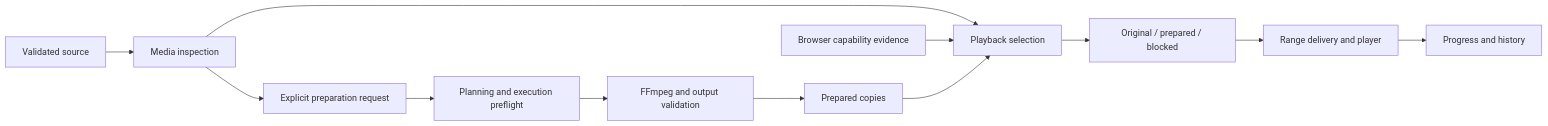
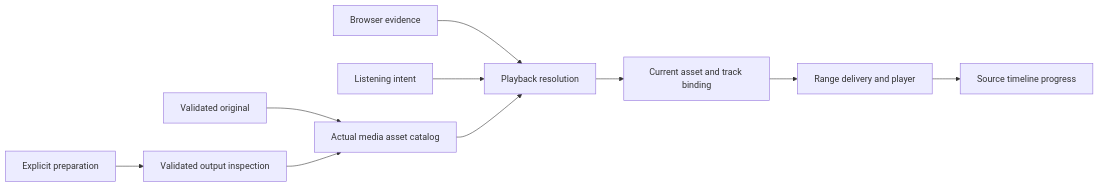
One commit to qw0er/Anishelf changed the third of 5 diagrams in docs/development/architecture.md. Above: the diagram before and after it, drawn with Mermaid. The commit also changed other lines of this file and 80 other files, not shown here.

Commit message:
refactor(playback): resolve actual media assets independently of preparation

````diff
--- a/docs/development/architecture.md
+++ b/docs/development/architecture.md
@@ -237,14 +240,12 @@
 ```mermaid
 flowchart LR
-    Source[Validated source] --> Inspect[Media inspection]
-    Inspect --> Select[Playback selection]
-    Browser[Browser capability evidence] --> Select
-    Copies[Prepared copies] --> Select
-    Select --> Result[Original / prepared / blocked]
-    Inspect --> Prepare[Explicit preparation request]
-    Prepare --> Plan[Planning and execution preflight]
-    Plan --> FFmpeg[FFmpeg and output validation]
-    FFmpeg --> Copies
-    Result --> Player[Range delivery and player]
-    Player --> Progress[Progress and history]
+    Source[Validated original] --> Assets[Actual media asset catalog]
+    Prepare[Explicit preparation] --> Inspect[Validated output inspection]
+    Inspect --> Assets
+    Browser[Browser evidence] --> Select[Playback resolution]
+    Intent[Listening intent] --> Select
+    Assets --> Select
+    Select --> Active[Current asset and track binding]
+    Active --> Player[Range delivery and player]
+    Player --> Progress[Source timeline progress]
 ```
````
